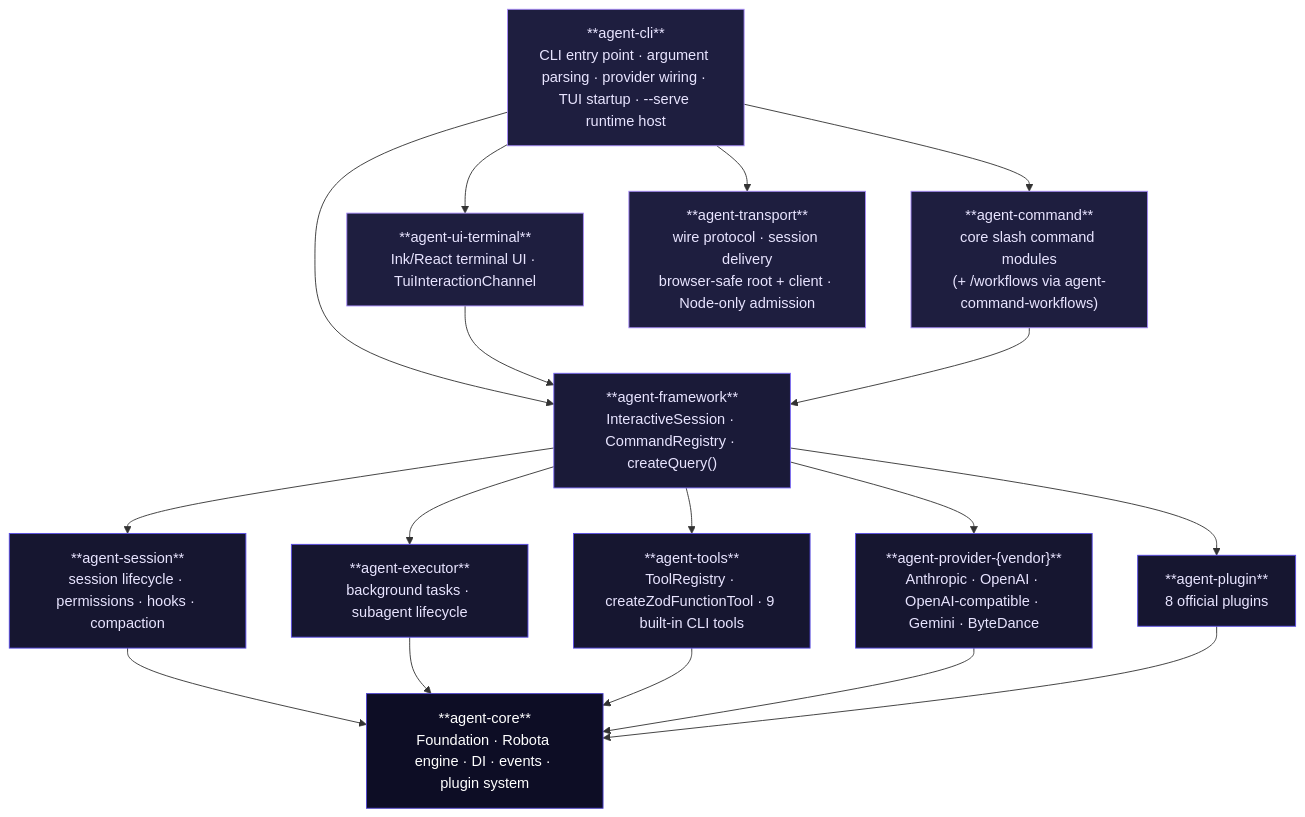
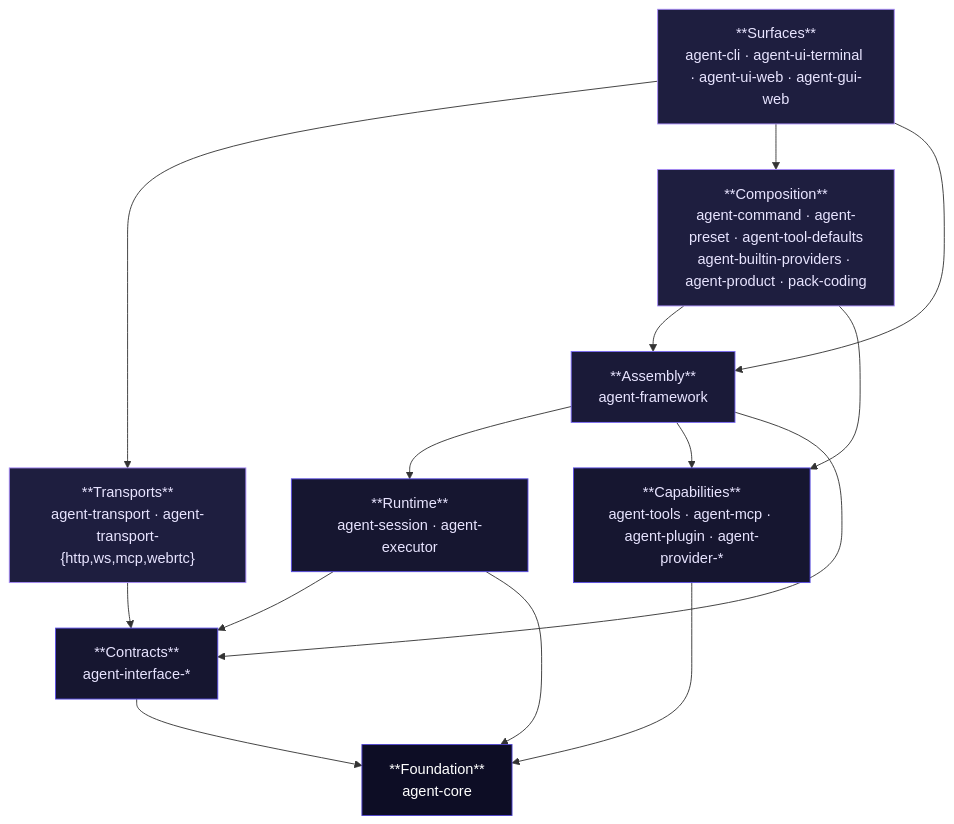
Before and after one commit to woojubb/robota: the diagram in content/guide/architecture.md, drawn with Mermaid. The commit also changed other lines of this file and 5 other files, not shown here.

````diff
--- a/content/guide/architecture.md
+++ b/content/guide/architecture.md
@@ -7,41 +29,35 @@
 ```mermaid
 flowchart TB
-    CLI["**agent-cli**\nCLI entry point · argument parsing · provider wiring · TUI startup · --serve runtime host"]
-    TUI["**agent-ui-terminal**\nInk/React terminal UI · TuiInteractionChannel"]
-    CMD["**agent-command**\ncore slash command modules\n(+ /workflows via agent-command-workflows)"]
-    TRANS["**agent-transport**\nwire protocol · session delivery\nbrowser-safe root + client · Node-only admission"]
-    FW["**agent-framework**\nInteractiveSession · CommandRegistry · createQuery()"]
-    SESS["**agent-session**\nsession lifecycle · permissions · hooks · compaction"]
-    EXEC["**agent-executor**\nbackground tasks · subagent lifecycle"]
-    TOOLS["**agent-tools**\nToolRegistry · createZodFunctionTool · 9 built-in CLI tools"]
-    PROV["**agent-provider-{vendor}**\nAnthropic · OpenAI · OpenAI-compatible · Gemini · ByteDance"]
-    PLUG["**agent-plugin**\n8 official plugins"]
-    CORE["**agent-core**\nFoundation · Robota engine · DI · events · plugin system"]
+    SURF["**Surfaces**\nagent-cli · agent-ui-terminal · agent-ui-web · agent-gui-web"]
+    TRANS["**Transports**\nagent-transport · agent-transport-{http,ws,mcp,webrtc}"]
+    COMP["**Composition**\nagent-command · agent-preset · agent-tool-defaults\nagent-builtin-providers · agent-product · pack-coding"]
+    FW["**Assembly**\nagent-framework"]
+    RT["**Runtime**\nagent-session · agent-executor"]
+    CAP["**Capabilities**\nagent-tools · agent-mcp · agent-plugin · agent-provider-*"]
+    IF["**Contracts**\nagent-interface-*"]
+    CORE["**Foundation**\nagent-core"]
 
-    CLI --> FW
-    CLI --> TUI
-    CLI --> CMD
-    CLI --> TRANS
-    TUI --> FW
-    CMD --> FW
-    FW --> SESS
-    FW --> EXEC
-    FW --> TOOLS
-    FW --> PROV
-    FW --> PLUG
-    SESS --> CORE
-    EXEC --> CORE
-    TOOLS --> CORE
-    PROV --> CORE
-    PLUG --> CORE
+    SURF --> TRANS
+    SURF --> COMP
+    SURF --> FW
+    COMP --> FW
+    COMP --> CAP
+    TRANS --> IF
+    FW --> RT
+    FW --> CAP
+    FW --> IF
+    RT --> IF
+    CAP --> CORE
+    RT --> CORE
+    IF --> CORE
 
-    classDef cli fill:#1e1e3f,stroke:#a78bfa,color:#e8e4ff
+    classDef edge fill:#1e1e3f,stroke:#a78bfa,color:#e8e4ff
     classDef framework fill:#1a1a38,stroke:#7c6bf7,color:#e8e4ff
     classDef general fill:#161630,stroke:#5a4de6,color:#e8e4ff
     classDef core fill:#0d0d25,stroke:#4f44d0,color:#fff
 
-    class CLI,TUI,CMD,TRANS cli
+    class SURF,TRANS,COMP edge
     class FW framework
-    class SESS,EXEC,TOOLS,PROV,PLUG general
+    class RT,CAP,IF general
     class CORE core
 ```
````
